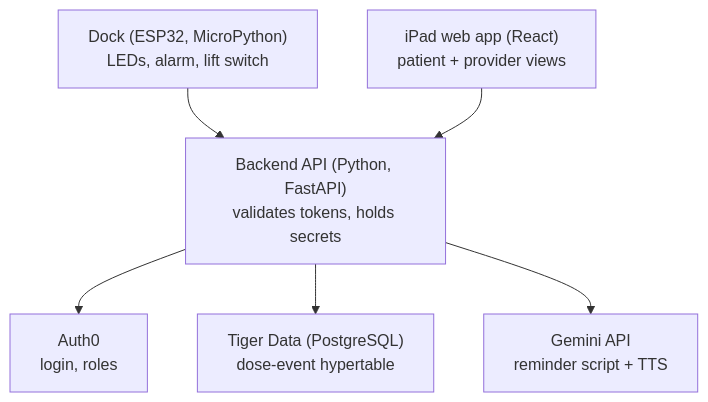
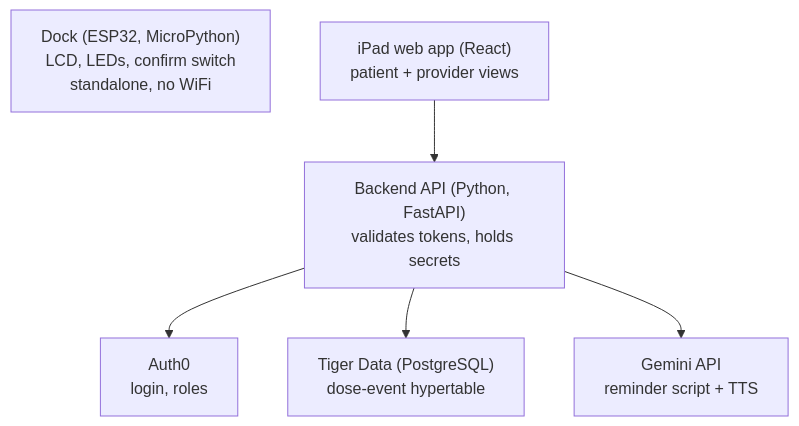
The diagram in README.md (Monisha-Repos/postop-eyedrop-adherence), drawn with Mermaid before and after one commit. The commit also changed other lines of this file and 3 other files, not shown here.

````diff
--- a/README.md
+++ b/README.md
@@ -26,8 +26,8 @@
 ```mermaid
 flowchart TD
-    Box["Dock (ESP32, MicroPython)<br/>LEDs, alarm, lift switch"] --> API
+    Box["Dock (ESP32, MicroPython)<br/>LCD, LEDs, confirm switch<br/>standalone, no WiFi"]
     App["iPad web app (React)<br/>patient + provider views"] --> API
     API["Backend API (Python, FastAPI)<br/>validates tokens, holds secrets"] --> Auth0["Auth0<br/>login, roles"]
     API --> Tiger["Tiger Data (PostgreSQL)<br/>dose-event hypertable"]
     API --> Gemini["Gemini API<br/>reminder script + TTS"]
 ```
````
